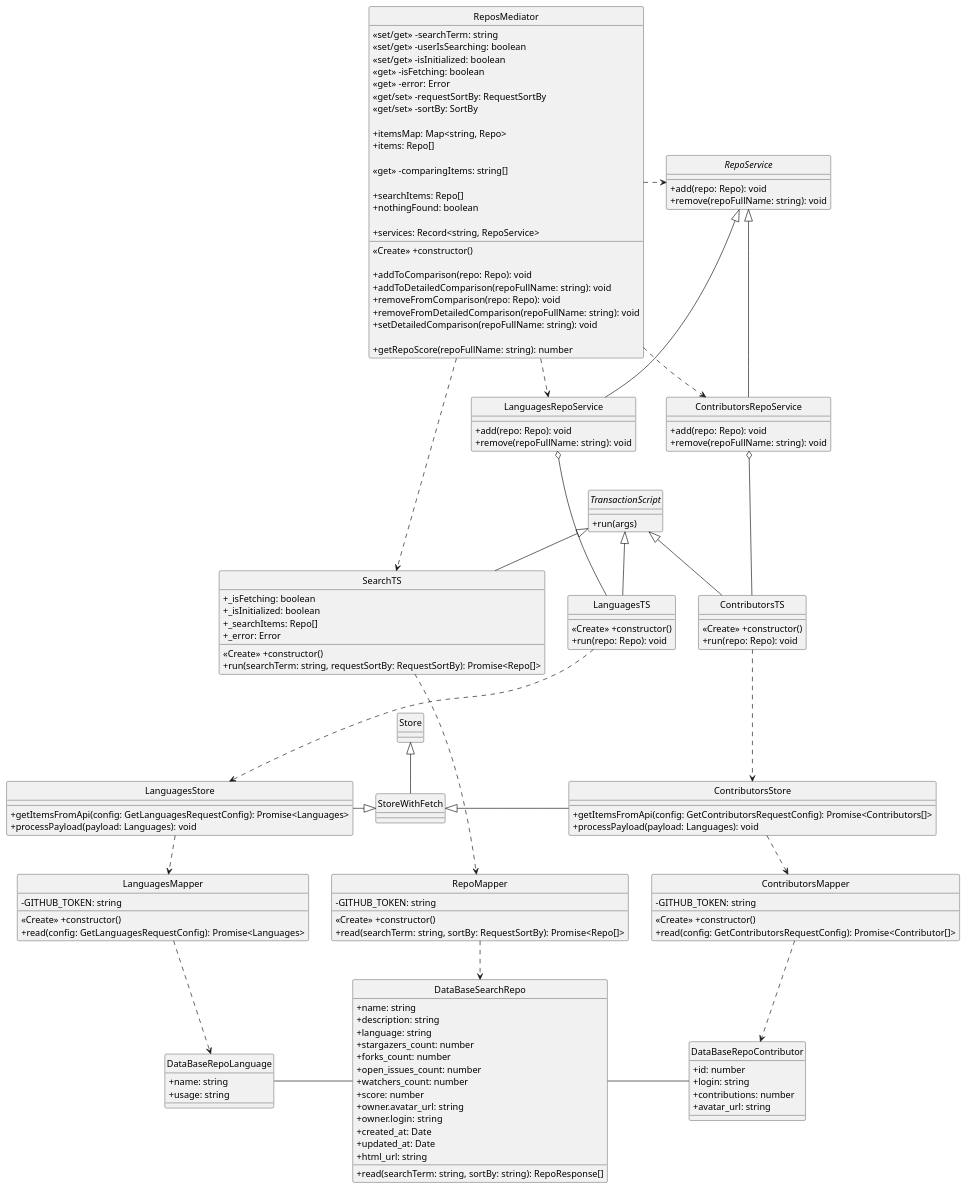
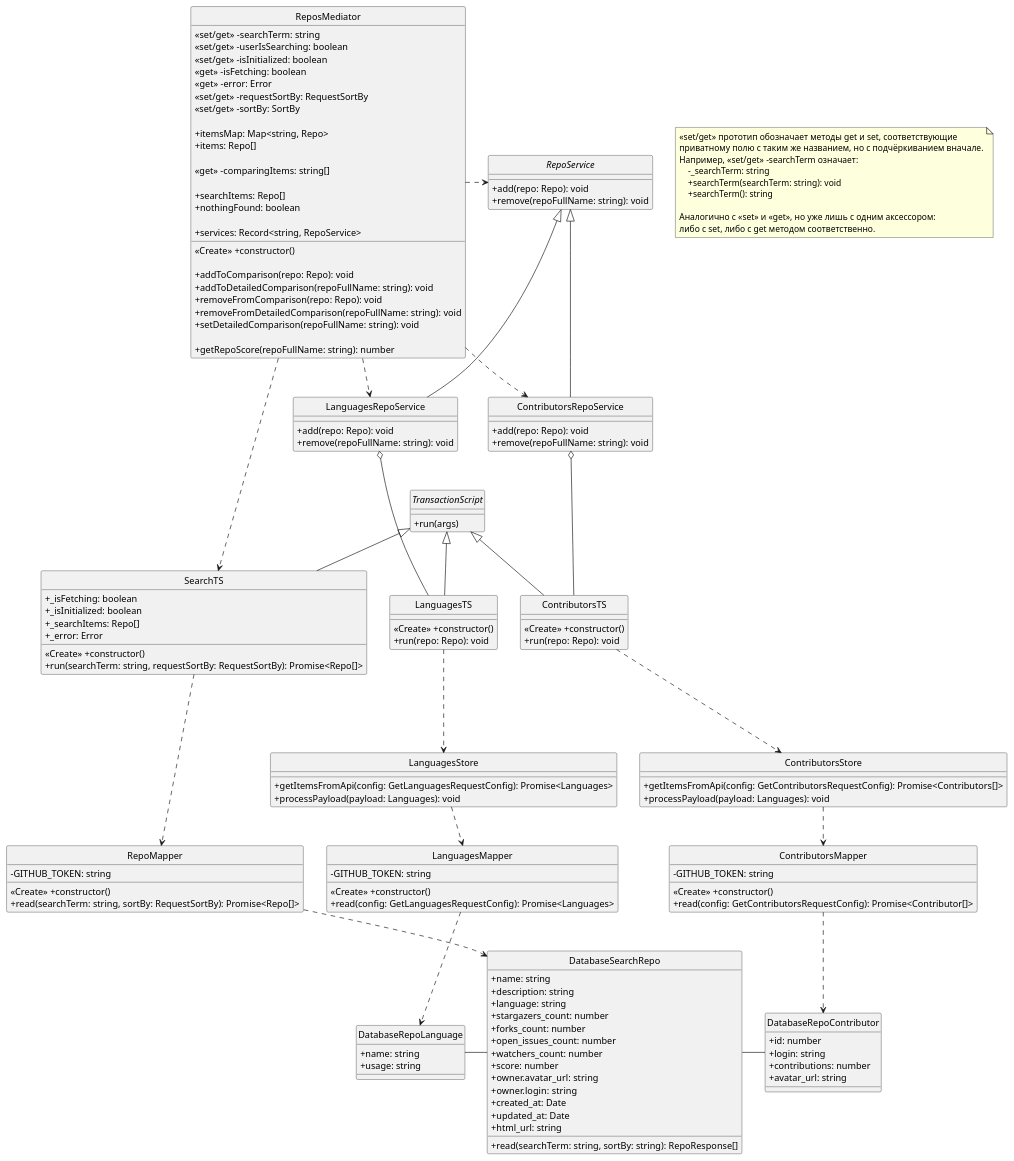
One commit to RepoAnalyzer/repolier-frontend changed the diagram in docs/Classes_diagram.puml. Above: the diagram before and after it, drawn with PlantUML. The commit also changed 1 other file, not shown here.

Commit message:
docs(Classes_diagram): added note about get/set and organized class relations

```diff
--- a/docs/Classes_diagram.puml
+++ b/docs/Classes_diagram.puml
@@ -1,186 +1,197 @@
 @startuml
     ' Don't show icons near class names.
     hide circle
     ' Show attribute visibility as text (+, ~, #, -), not as icons.
     skinparam classAttributeIconSize 0
 
     class ReposMediator {
         <<set/get>> -searchTerm: string
         <<set/get>> -userIsSearching: boolean
         <<set/get>> -isInitialized: boolean
         <<get>> -isFetching: boolean
         <<get>> -error: Error
-        <<get/set>> -requestSortBy: RequestSortBy
-        <<get/set>> -sortBy: SortBy
+        <<set/get>> -requestSortBy: RequestSortBy
+        <<set/get>> -sortBy: SortBy
 
         +itemsMap: Map<string, Repo>
         +items: Repo[]
 
         <<get>> -comparingItems: string[]
 
         ' searchTS
         +searchItems: Repo[]
         +nothingFound: boolean
 
         +services: Record<string, RepoService>
         <<Create>> +constructor()
 
         +addToComparison(repo: Repo): void
         +addToDetailedComparison(repoFullName: string): void
         +removeFromComparison(repo: Repo): void
         +removeFromDetailedComparison(repoFullName: string): void
         +setDetailedComparison(repoFullName: string): void
 
         +getRepoScore(repoFullName: string): number
     }
+    note as N1
+        <<set/get>> прототип обозначает методы get и set, соответствующие
+        приватному полю с таким же названием, но с подчёркиванием вначале.
+        Например, <<set/get>> -searchTerm означает:
+            -_searchTerm: string
+            +searchTerm(searchTerm: string): void
+            +searchTerm(): string
+
+        Аналогично с <<set>> и <<get>>, но уже лишь с одним аксессором:
+        либо с set, либо с get методом соответственно.
+    end note
 
     ' ReposMediator ..> RepoMapper
 
 
     interface TransactionScript {
         +run(args)
     }
 
     interface RepoService {
         +add(repo: Repo): void
         +remove(repoFullName: string): void
     }
     ReposMediator .> RepoService
 
     ' class SetSearchParamTS {
     '     +defaultSearchParam: string
 
     '     +<<Create>> constructor(defaultSearchParam)
     '     +run(searchParam)
     ' }
     ' TransactionScript <|-- SetSearchParamTS
 
     ' class SetSearchResultsParamTS {
     '     +defaultSearchResultsParam: string
 
     '     +<<Create>> constructor(defaultSearchResultsParam)
     '     +run(searchResultsParam)
     ' }
     ' TransactionScript <|-- SetSearchResultsParamTS
 
     class LanguagesRepoService {
         +add(repo: Repo): void
         +remove(repoFullName: string): void
     }
 
     RepoService <|-- LanguagesRepoService
     ReposMediator ..> LanguagesRepoService
 
     class SearchTS {
         +_isFetching: boolean
         +_isInitialized: boolean
         +_searchItems: Repo[]
         +_error: Error
 
         <<Create>> +constructor()
         +run(searchTerm: string, requestSortBy: RequestSortBy): Promise<Repo[]>
     }
     ReposMediator ....> SearchTS
     TransactionScript <|-- SearchTS
 
     class LanguagesTS {
         <<Create>> +constructor()
         +run(repo: Repo): void
     }
     TransactionScript <|-- LanguagesTS
     LanguagesRepoService o--- LanguagesTS
 
     class ContributorsRepoService {
         +add(repo: Repo): void
         +remove(repoFullName: string): void
     }
     ReposMediator ..> ContributorsRepoService
     RepoService <|-- ContributorsRepoService
 
     class ContributorsTS {
         <<Create>> +constructor()
         +run(repo: Repo): void
     }
     TransactionScript <|-- ContributorsTS
     ContributorsRepoService o--- ContributorsTS
 
     class LanguagesStore {
         +getItemsFromApi(config: GetLanguagesRequestConfig): Promise<Languages>
         +processPayload(payload: Languages): void
     }
-    Store <|-- StoreWithFetch
-    StoreWithFetch <|- LanguagesStore
-    StoreWithFetch <|- ContributorsStore
+    ' Store <|-- StoreWithFetch
+    ' StoreWithFetch <|- LanguagesStore
+    ' StoreWithFetch <|- ContributorsStore
 
     LanguagesTS ...> LanguagesStore
 
 
     class ContributorsStore {
         +getItemsFromApi(config: GetContributorsRequestConfig): Promise<Contributors[]>
         +processPayload(payload: Languages): void
     }
 
     ContributorsTS ...> ContributorsStore
 
 
     LanguagesStore ..> LanguagesMapper
     class LanguagesMapper {
         -GITHUB_TOKEN: string
 
         <<Create>> +constructor()
         +read(config: GetLanguagesRequestConfig): Promise<Languages>
     }
 
     SearchTS ...> RepoMapper
     class RepoMapper {
         -GITHUB_TOKEN: string
 
         <<Create>> +constructor()
         +read(searchTerm: string, sortBy: RequestSortBy): Promise<Repo[]>
     }
-    RepoMapper ..> DataBaseSearchRepo
+    RepoMapper ..> DatabaseSearchRepo
 
     ContributorsStore ..> ContributorsMapper
     class ContributorsMapper {
         -GITHUB_TOKEN: string
 
         <<Create>> +constructor()
         +read(config: GetContributorsRequestConfig): Promise<Contributor[]>
     }
-    ContributorsMapper ..> DataBaseRepoContributor
+    ContributorsMapper ..> DatabaseRepoContributor
 
-    class DataBaseRepoContributor {
+    class DatabaseRepoContributor {
         +id: number
         +login: string
         +contributions: number
         +avatar_url: string
     }
-    DataBaseRepoContributor -left- DataBaseSearchRepo
+    DatabaseRepoContributor -left- DatabaseSearchRepo
 
-    class DataBaseSearchRepo {
+    class DatabaseSearchRepo {
         +name: string
         +description: string
         +language: string
         +stargazers_count: number
         +forks_count: number
         +open_issues_count: number
         +watchers_count: number
         +score: number
         +owner.avatar_url: string
         +owner.login: string
         +created_at: Date
         +updated_at: Date
         +html_url: string
 
         +read(searchTerm: string, sortBy: string): RepoResponse[]
     }
 
-    LanguagesMapper ..> DataBaseRepoLanguage
-    DataBaseRepoLanguage - DataBaseSearchRepo
+    LanguagesMapper ..> DatabaseRepoLanguage
+    DatabaseRepoLanguage - DatabaseSearchRepo
 
-    class DataBaseRepoLanguage {
+    class DatabaseRepoLanguage {
         +name: string
         +usage: string
     }
 
 @enduml
```
